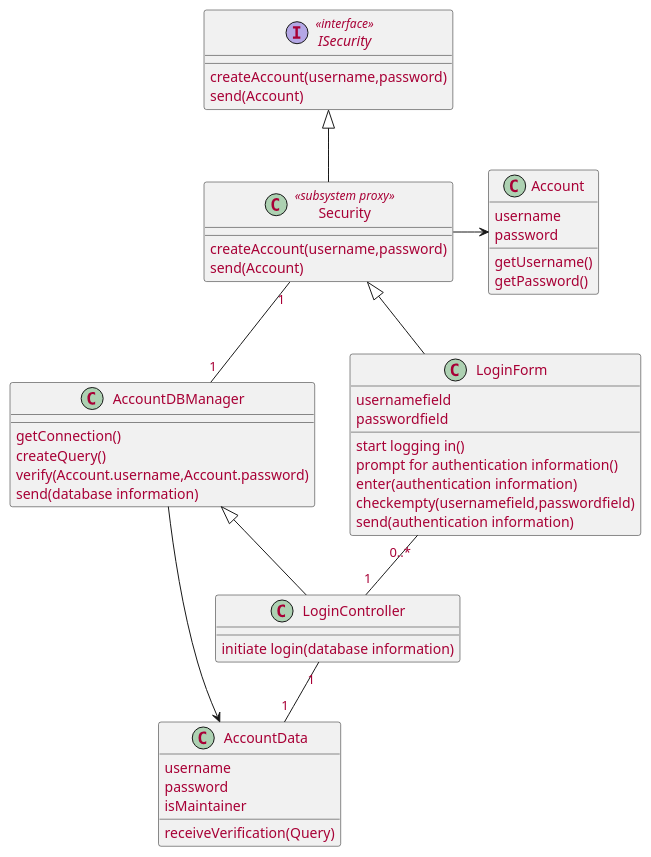
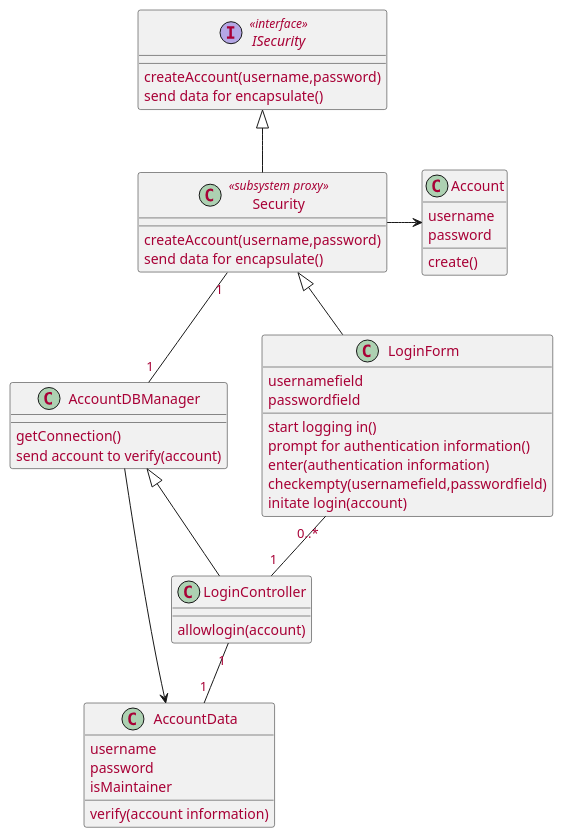
One commit to McSinyx/ipppi changed the second of 6 diagrams in source/solution/use-case-design.rst. Above: the diagram before and after it, drawn with PlantUML.

```diff
--- a/source/solution/use-case-design.rst
+++ b/source/solution/use-case-design.rst
@@ -59,50 +59,47 @@
 .. uml::
 
    skinparam defaultFontColor #a80036
 
    class Account {
      username
      password
-     getUsername()
-     getPassword()
+     create()
    }
 
    class LoginForm extends Security {
       usernamefield
       passwordfield
       start logging in()
       prompt for authentication information()
       enter(authentication information)
       checkempty(usernamefield,passwordfield)
-      send(authentication information)
+      initate login(account)
    }
    interface ISecurity <<interface>> {
       createAccount(username,password)
-      send(Account)  
+      send data for encapsulate()  
    }
    class Security <<subsystem proxy>> extends ISecurity {
       createAccount(username,password)
-      send(Account)
+      send data for encapsulate()
    }
    class AccountDBManager {
       getConnection()
-      createQuery()
-      verify(Account.username,Account.password)
-      send(database information)
+      send account to verify(account)
    }
    class LoginController extends AccountDBManager {
-       initiate login(database information)
+       allowlogin(account)
    }
 
    class AccountData {
        username
        password
        isMaintainer
-       receiveVerification(Query)
+       verify(account information)
    }
 
    LoginForm "0..*" -- "1" LoginController
    LoginController "1" -- "1" AccountData
    Security -> Account
    Security "1" -- "1" AccountDBManager
    AccountDBManager -> AccountData
```
